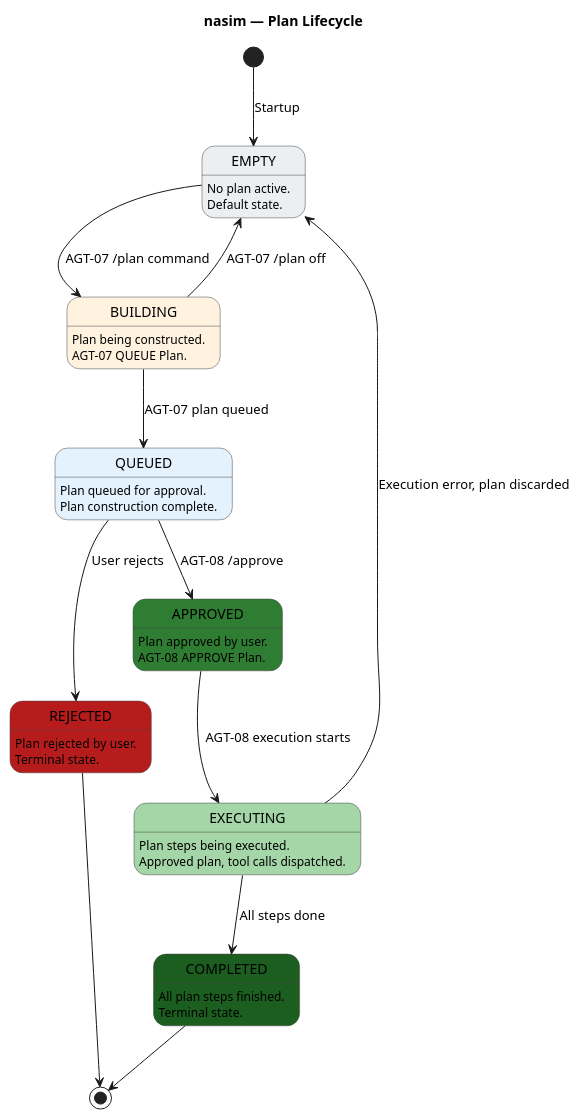
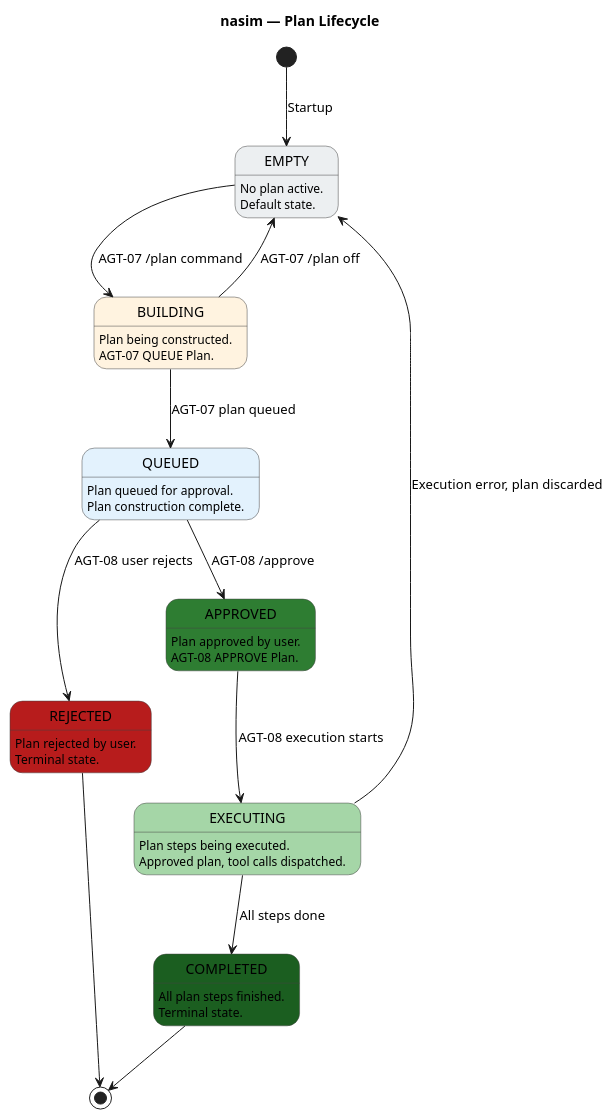
Before and after one commit to salimnamvar/nasim: the fourth of 4 diagrams in SM.md, drawn with PlantUML. The commit also changed other lines of this file and 9 other files, not shown here.

```diff
--- a/SM.md
+++ b/SM.md
@@ -366,61 +405,61 @@
 @startuml sm_plan_lifecycle
 ' ============================================================
 ' Title:     nasim — Plan Lifecycle State Machine
 ' Boundary:  nasim code agent
 ' Purpose:   Entity lifecycle for Plan (persisted in PlanSession)
 ' Milestone: v1.0
 ' Version:   1.0.0
 ' Source:    docs/UC/README.md
 ' Review:    docs/audit/audit.2026.06.20.sq-sm-chain.car.md
 ' ============================================================
 
 title nasim — Plan Lifecycle
 
 skinparam state {
   BackgroundColor #FFFFFF
   BorderColor #424242
   FontColor #000000
 }
 
 [*] --> EMPTY : Startup
 
 state "EMPTY" as EMPTY #ECEFF1
 EMPTY : No plan active.
 EMPTY : Default state.
 
 state "BUILDING" as BUILDING #FFF3E0
 BUILDING : Plan being constructed.
 BUILDING : AGT-07 QUEUE Plan.
 
 state "QUEUED" as QUEUED #E3F2FD
 QUEUED : Plan queued for approval.
 QUEUED : Plan construction complete.
 
 state "APPROVED" as APPROVED #2E7D32
 APPROVED : Plan approved by user.
 APPROVED : AGT-08 APPROVE Plan.
 
 state "EXECUTING" as EXECUTING #A5D6A7
 EXECUTING : Plan steps being executed.
 EXECUTING : Approved plan, tool calls dispatched.
 
 state "COMPLETED" as COMPLETED #1B5E20
 COMPLETED : All plan steps finished.
 COMPLETED : Terminal state.
 
 state "REJECTED" as REJECTED #B71C1C
 REJECTED : Plan rejected by user.
 REJECTED : Terminal state.
 
 EMPTY --> BUILDING : AGT-07 /plan command
 BUILDING --> QUEUED : AGT-07 plan queued
 BUILDING --> EMPTY : AGT-07 /plan off
 QUEUED --> APPROVED : AGT-08 /approve
-QUEUED --> REJECTED : User rejects
+QUEUED --> REJECTED : AGT-08 user rejects
 APPROVED --> EXECUTING : AGT-08 execution starts
 EXECUTING --> COMPLETED : All steps done
 EXECUTING --> EMPTY : Execution error, plan discarded
 COMPLETED --> [*]
 REJECTED --> [*]
 
 @enduml
```
